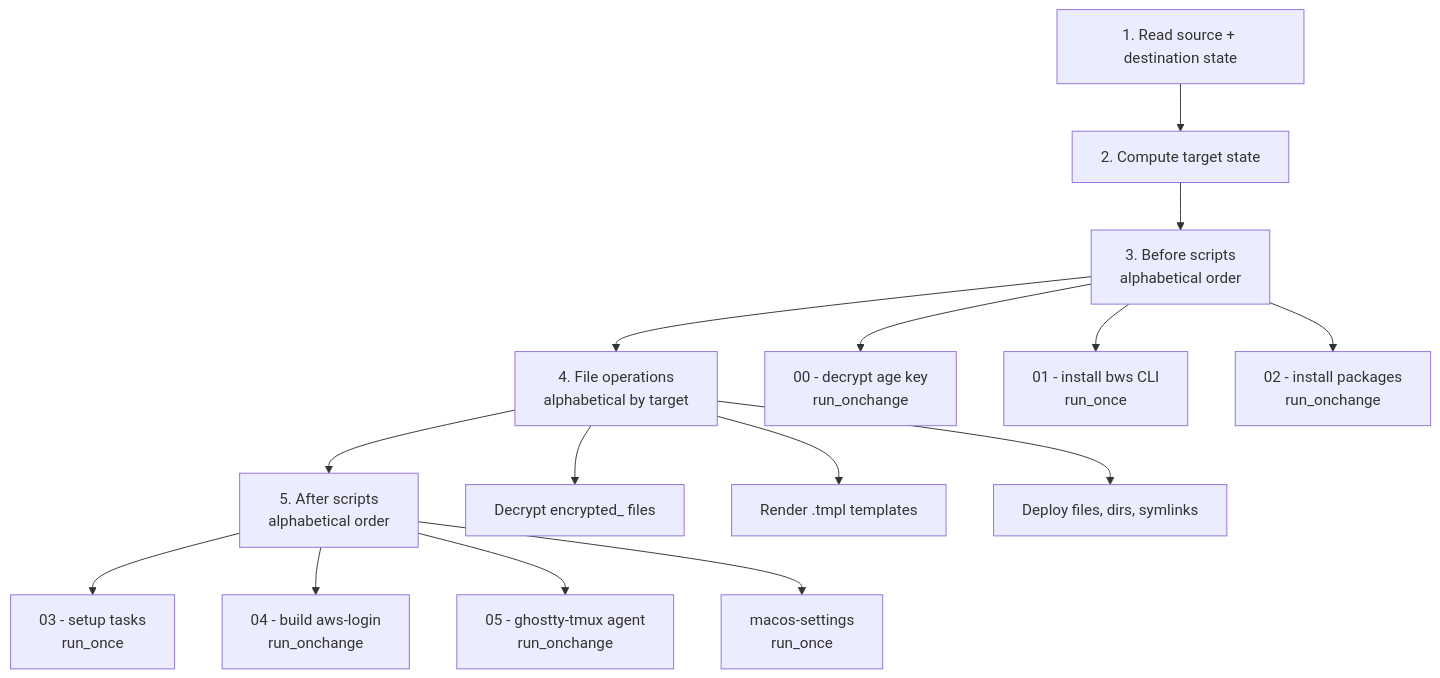
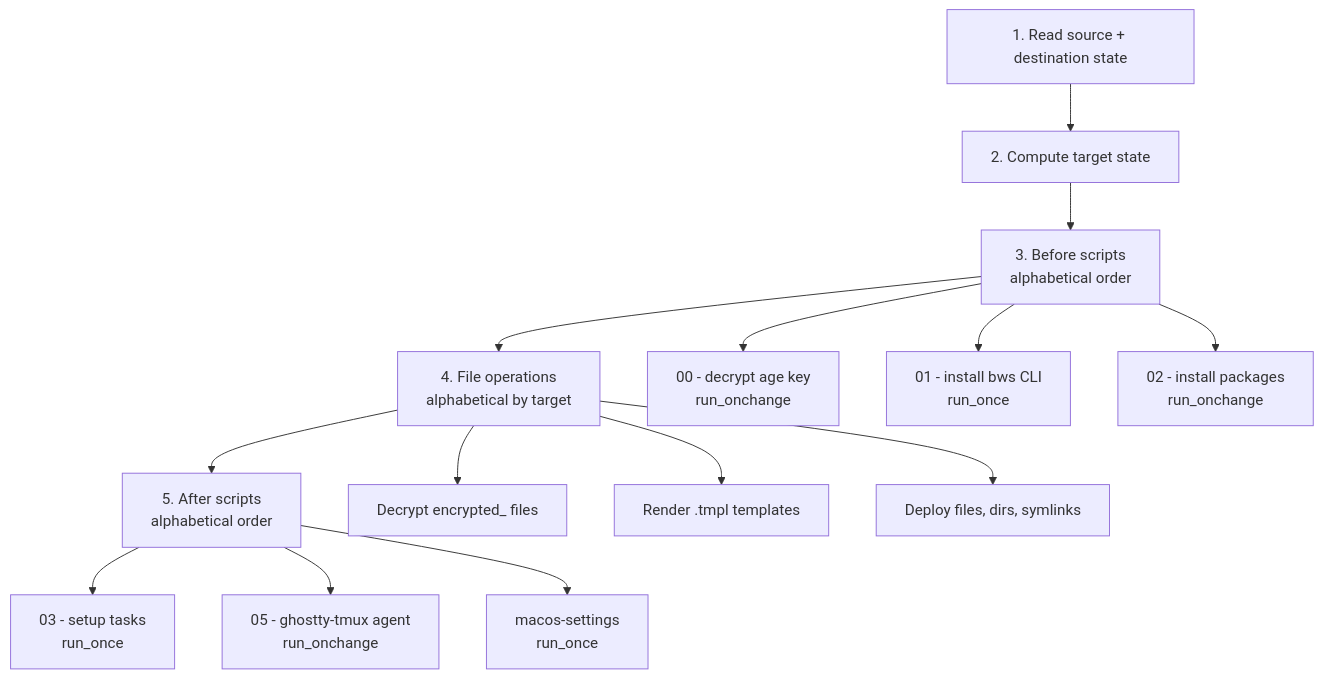
Before and after one commit to mbastakis/dotfiles: the diagram in docs/architecture/chezmoi-lifecycle.md, drawn with Mermaid. The commit also changed other lines of this file and 26 other files, not shown here.

Commit message:
feat: migrate aws-login to private tap workflow

````diff
--- a/docs/architecture/chezmoi-lifecycle.md
+++ b/docs/architecture/chezmoi-lifecycle.md
@@ -7,20 +7,19 @@
 ```mermaid
 flowchart TD
   A[1. Read source + destination state] --> B[2. Compute target state]
   B --> C[3. Before scripts<br/>alphabetical order]
   C --> D[4. File operations<br/>alphabetical by target]
   D --> E[5. After scripts<br/>alphabetical order]
 
   C --> C1[00 - decrypt age key<br/>run_onchange]
   C --> C2[01 - install bws CLI<br/>run_once]
   C --> C3[02 - install packages<br/>run_onchange]
 
   D --> D1[Decrypt encrypted_ files]
   D --> D2[Render .tmpl templates]
   D --> D3[Deploy files, dirs, symlinks]
 
   E --> E1[03 - setup tasks<br/>run_once]
-  E --> E2[04 - build aws-login<br/>run_onchange]
-  E --> E3[05 - ghostty-tmux agent<br/>run_onchange]
-  E --> E4[macos-settings<br/>run_once]
+  E --> E2[05 - ghostty-tmux agent<br/>run_onchange]
+  E --> E3[macos-settings<br/>run_once]
 ```
````
